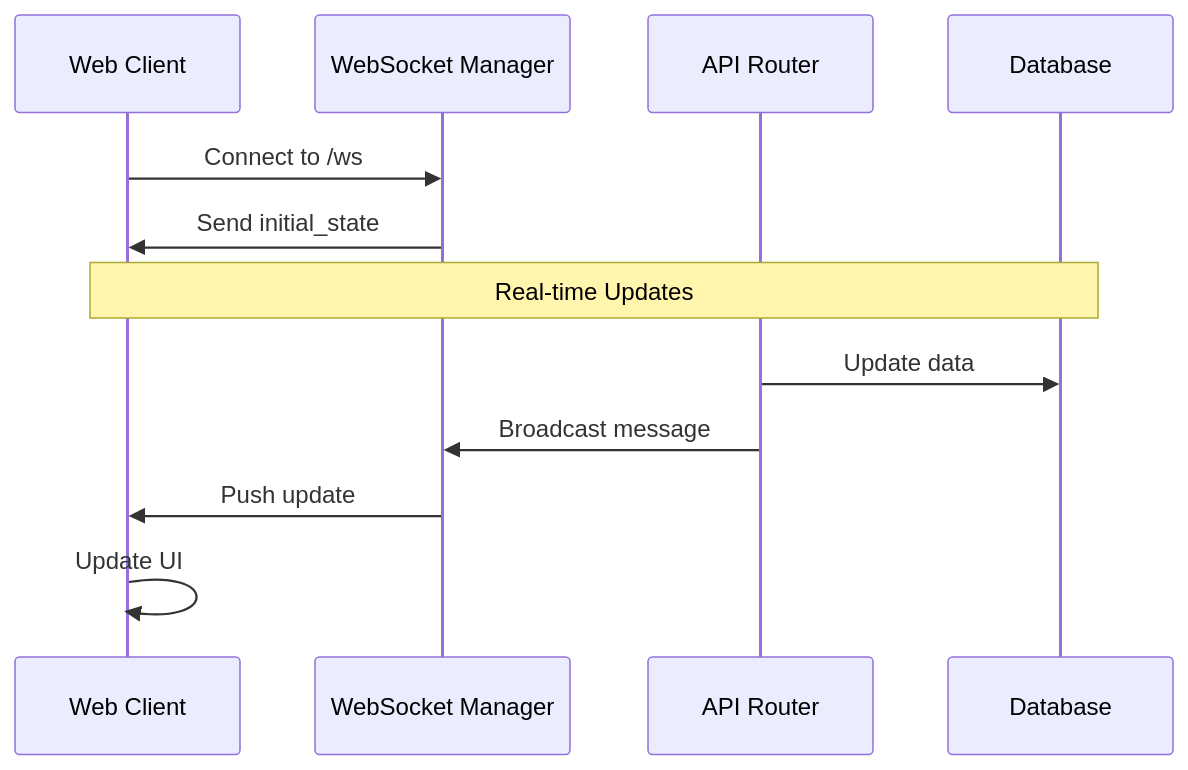
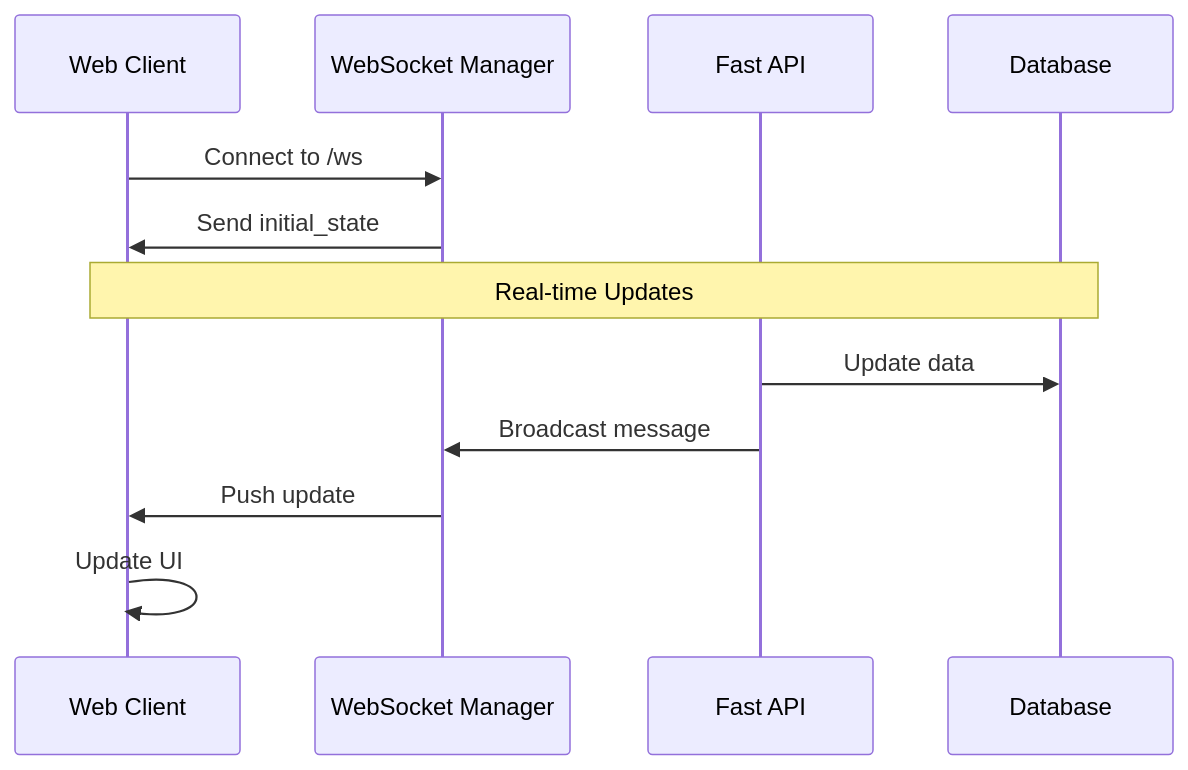
One commit to Krittapas2546/RFID-smart-shelf changed the sixth of 9 diagrams in README.md. Above: the diagram before and after it, drawn with Mermaid. The commit also changed other lines of this file, not shown here.

````diff
--- a/README.md
+++ b/README.md
@@ -892,16 +892,16 @@
 ```mermaid
 sequenceDiagram
     participant Client as Web Client
     participant WSM as WebSocket Manager
-    participant API as API Router
+    participant API as Fast API
     participant DB as Database
     
     Client->>WSM: Connect to /ws
     WSM->>Client: Send initial_state
     
     Note over Client,DB: Real-time Updates
     API->>DB: Update data
     API->>WSM: Broadcast message
     WSM->>Client: Push update
     Client->>Client: Update UI
 ```
````
